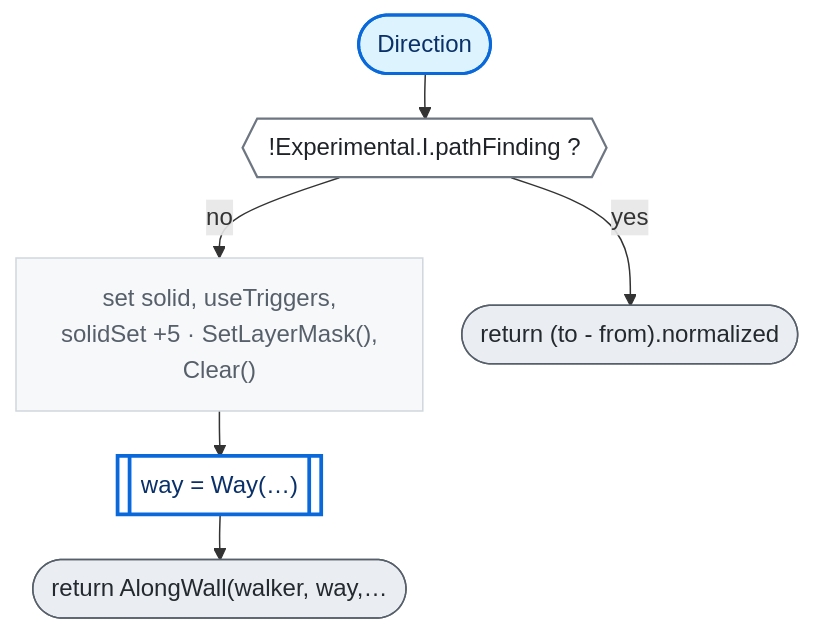
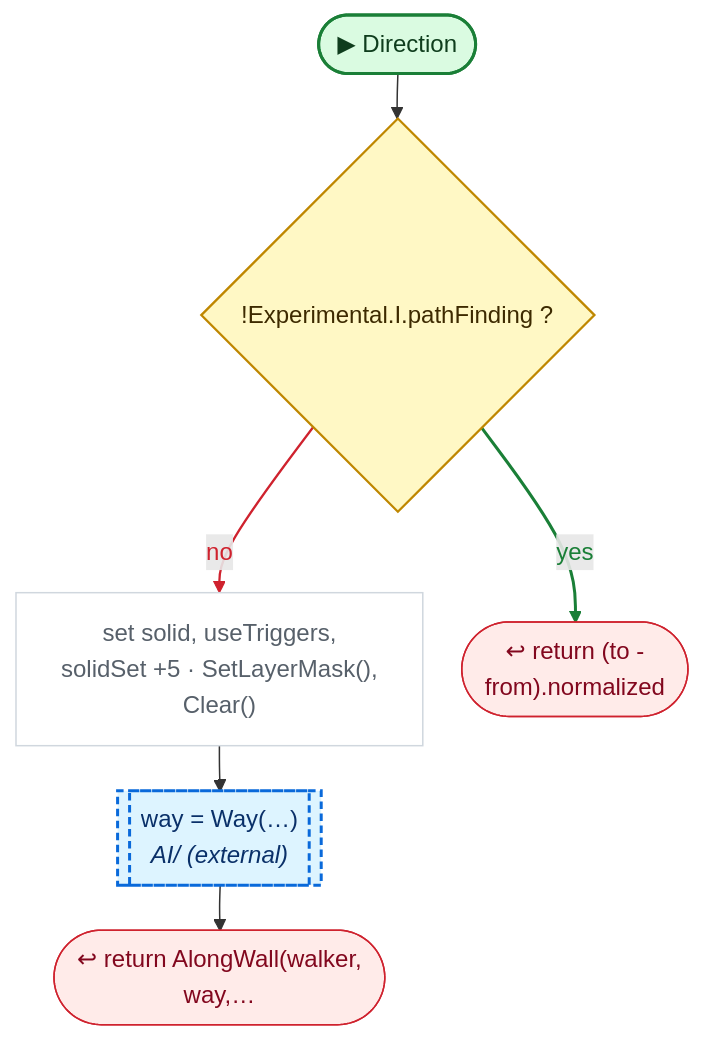
Before and after one commit to nataiai/Lord-of-the-Dungeon: the third of 14 diagrams in CodeGraph~/graph/AI/PathFinding.cs.md, drawn with Mermaid. The commit also changed other lines of this file and 44 other files, not shown here.

````diff
--- a/CodeGraph~/graph/AI/PathFinding.cs.md
+++ b/CodeGraph~/graph/AI/PathFinding.cs.md
@@ -121,36 +125,42 @@
 ```mermaid
 ---
 config:
   flowchart:
     wrappingWidth: 260
     nodeSpacing: 26
     rankSpacing: 30
 ---
 flowchart TD
-  nS(["Direction"])
-  nd5fff8{{"!Experimental.I.pathFinding ?"}}
+  nS(["▶ Direction"])
+  nd5fff8{"!Experimental.I.pathFinding ?"}
   n261509["set solid, useTriggers,<br>solidSet +5 · SetLayerMask(),<br>Clear()"]
-  nd9c966[["way = Way(…)"]]
-  na2433f(["return (to - from).normalized"])
-  nf970a4(["return AlongWall(walker, way,…"])
+  nd9c966[["way = Way(…)<br><i>AI/ (external)</i>"]]
+  na2433f(["↩ return (to -<br>from).normalized"])
+  nf970a4(["↩ return AlongWall(walker,<br>way,…"])
   nS --> nd5fff8
   nd5fff8 -->|no| n261509
   nd5fff8 -->|yes| na2433f
   n261509 --> nd9c966
   nd9c966 --> nf970a4
-  classDef unity fill:#fff1c2,stroke:#9a6700,stroke-width:2px,color:#3b2300
-  classDef start fill:#ddf4ff,stroke:#0969da,stroke-width:2px,color:#0a3069
-  classDef calc fill:#f6f8fa,stroke:#d0d7de,color:#57606a
-  classDef calls fill:#ffffff,stroke:#0969da,stroke-width:2.5px,color:#0a3069
-  classDef cond fill:#ffffff,stroke:#6e7781,stroke-width:1.5px,color:#1f2328
-  classDef loop fill:#fbefff,stroke:#8250df,color:#3e1f79
-  classDef exit fill:#eaeef2,stroke:#57606a,color:#24292f
-  classDef wait fill:#fff8f0,stroke:#bc4c00,color:#4d1d00
+  linkStyle 1 stroke:#cf222e,stroke-width:1.5px,color:#cf222e
+  linkStyle 2 stroke:#1a7f37,stroke-width:2px,color:#1a7f37
+  classDef unity fill:#dafbe1,stroke:#1a7f37,stroke-width:2px,color:#0f3d1d
+  classDef start fill:#dafbe1,stroke:#1a7f37,stroke-width:2px,color:#0f3d1d
+  classDef calc fill:#ffffff,stroke:#d0d7de,color:#57606a
+  classDef calls fill:#ddf4ff,stroke:#0969da,stroke-width:2px,color:#0a3069
+  classDef ext fill:#ddf4ff,stroke:#0969da,stroke-width:2px,stroke-dasharray:5 3,color:#0a3069
+  classDef cond fill:#fff8c5,stroke:#bf8700,stroke-width:1.5px,color:#3d2a00
+  classDef loop fill:#f6f8fa,stroke:#57606a,color:#1f2328
+  classDef exit fill:#ffebe9,stroke:#cf222e,color:#82071e
+  classDef kill fill:#ffebe9,stroke:#cf222e,stroke-width:2px,color:#82071e
+  classDef spawn fill:#dafbe1,stroke:#1a7f37,stroke-width:2px,color:#0f3d1d
+  classDef wait fill:#fff1e5,stroke:#bc4c00,color:#4d1d00
   classDef fin fill:#eaeef2,stroke:#8c959f,color:#57606a
   classDef join fill:#d0d7de,stroke:#8c959f,color:#57606a
+  classDef ghdr fill:#f5f9ff,stroke:#f5f9ff,color:#0a3069,font-weight:bold
   class n261509 calc
-  class nd9c966 calls
   class nd5fff8 cond
   class na2433f,nf970a4 exit
+  class nd9c966 ext
   class nS start
 ```
````
